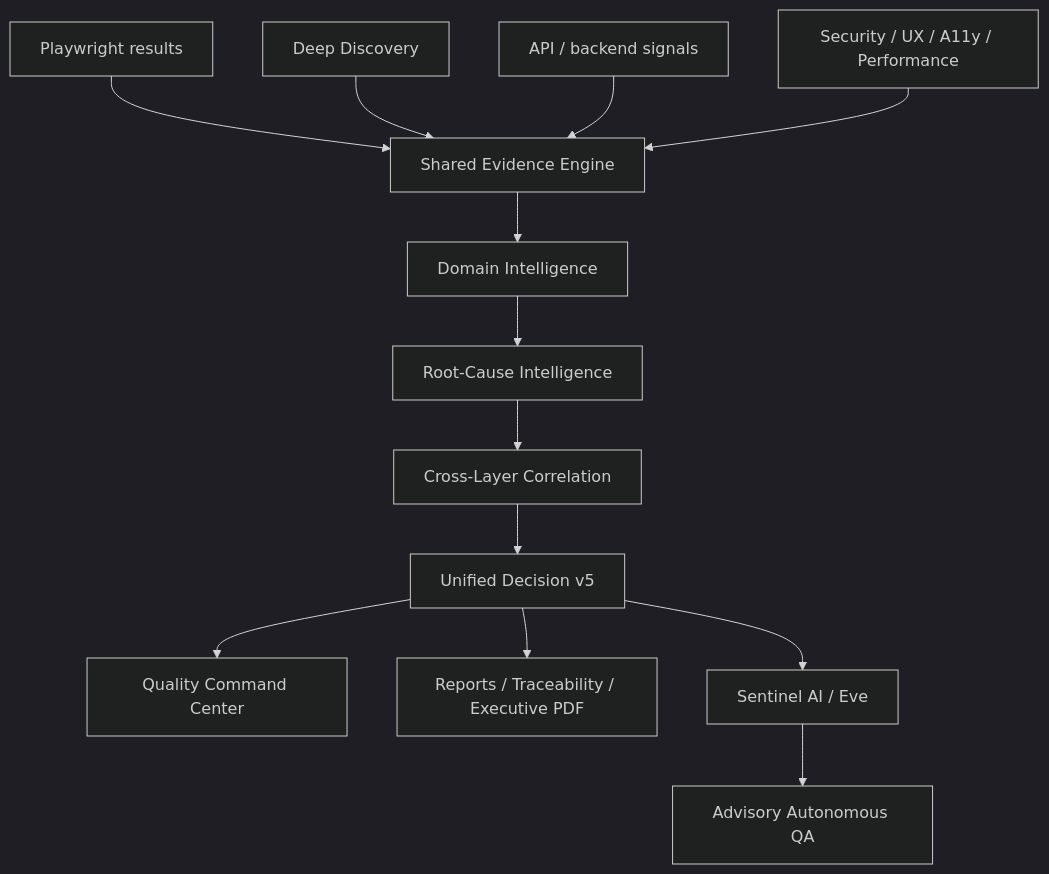
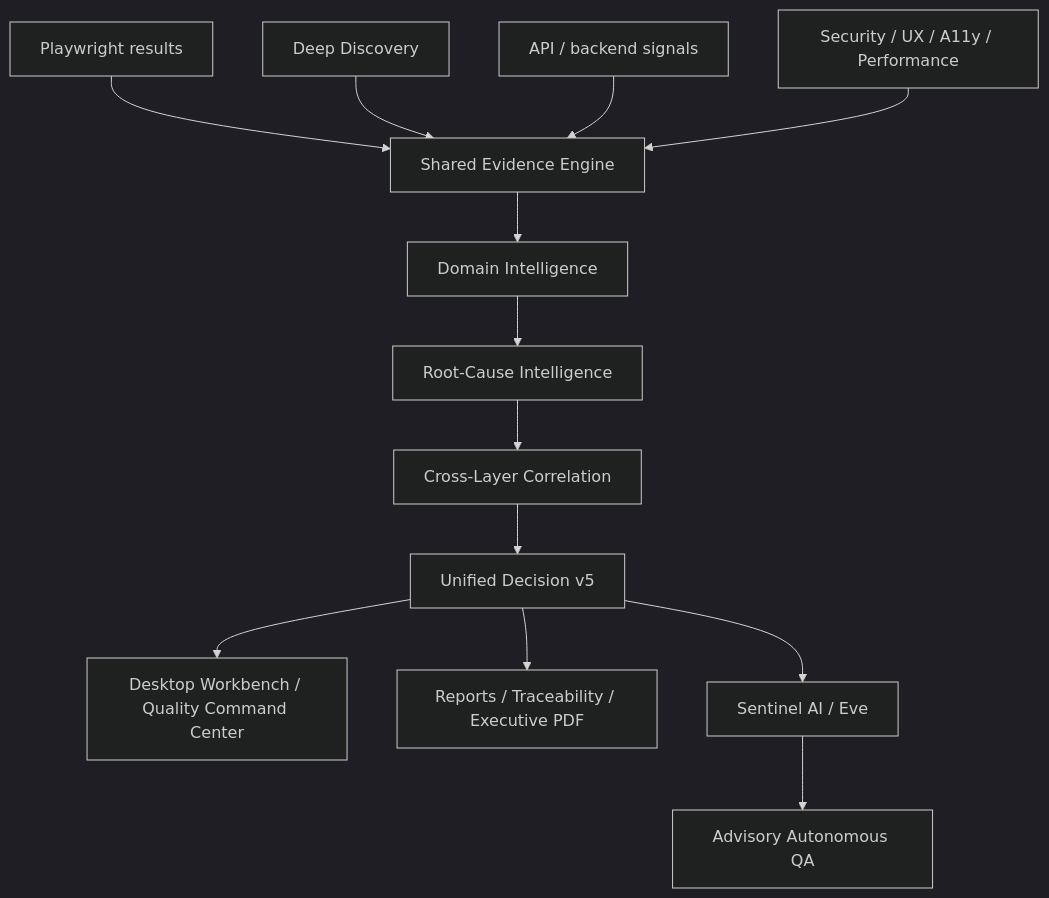
The diagram in README.md (Peppe2236/qa-sentinel-tyra), drawn with Mermaid (dark theme) before and after one commit. The commit also changed other lines of this file and 3 other files, not shown here.

````diff
--- a/README.md
+++ b/README.md
@@ -281,17 +321,17 @@
 ```mermaid
 flowchart TB
     A[Playwright results] --> E[Shared Evidence Engine]
     B[Deep Discovery] --> E
     C[API / backend signals] --> E
     D[Security / UX / A11y / Performance] --> E
 
     E --> F[Domain Intelligence]
     F --> G[Root-Cause Intelligence]
     G --> H[Cross-Layer Correlation]
     H --> I[Unified Decision v5]
 
-    I --> J[Quality Command Center]
+    I --> J[Desktop Workbench / Quality Command Center]
     I --> K[Reports / Traceability / Executive PDF]
     I --> L[Sentinel AI / Eve]
     L --> M[Advisory Autonomous QA]
 ```
````
